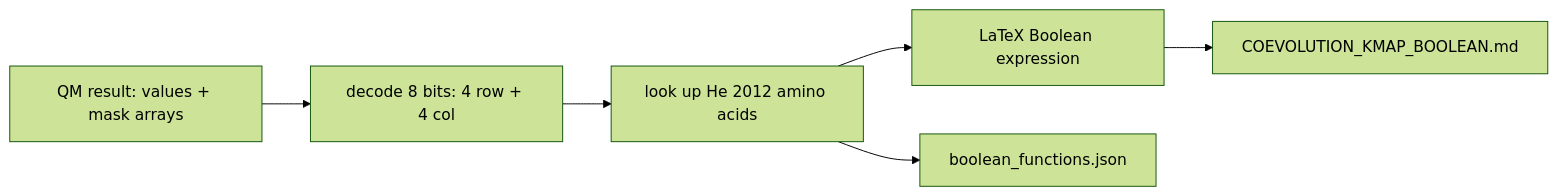
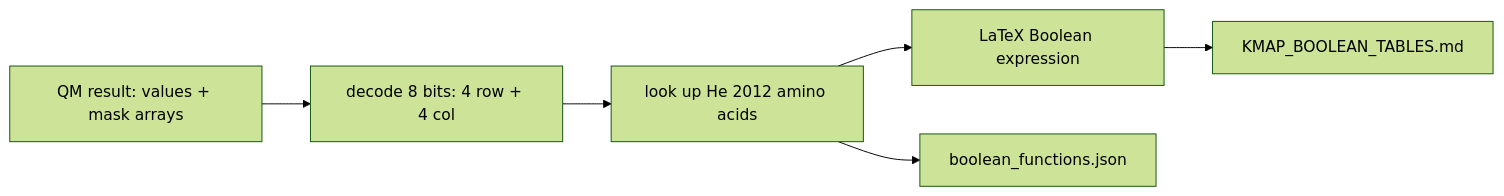
One commit to E-Motioner-X-SBS/co-evolution-analysis changed the diagram in My_Interpretation_of_the_Results/12_kmap_boolean_coevolution.md. Above: the diagram before and after it, drawn with Mermaid (forest theme). The commit also changed other lines of this file and 32 other files, not shown here.

````diff
--- a/My_Interpretation_of_the_Results/12_kmap_boolean_coevolution.md
+++ b/My_Interpretation_of_the_Results/12_kmap_boolean_coevolution.md
@@ -71,8 +75,8 @@
 ```mermaid
 flowchart LR
     A[QM result: values + mask arrays] --> B[decode 8 bits: 4 row + 4 col]
     B --> C[look up He 2012 amino acids]
     C --> D[LaTeX Boolean expression]
-    D --> E[COEVOLUTION_KMAP_BOOLEAN.md]
+    D --> E[KMAP_BOOLEAN_TABLES.md]
     C --> F[boolean_functions.json]
 ```
````
